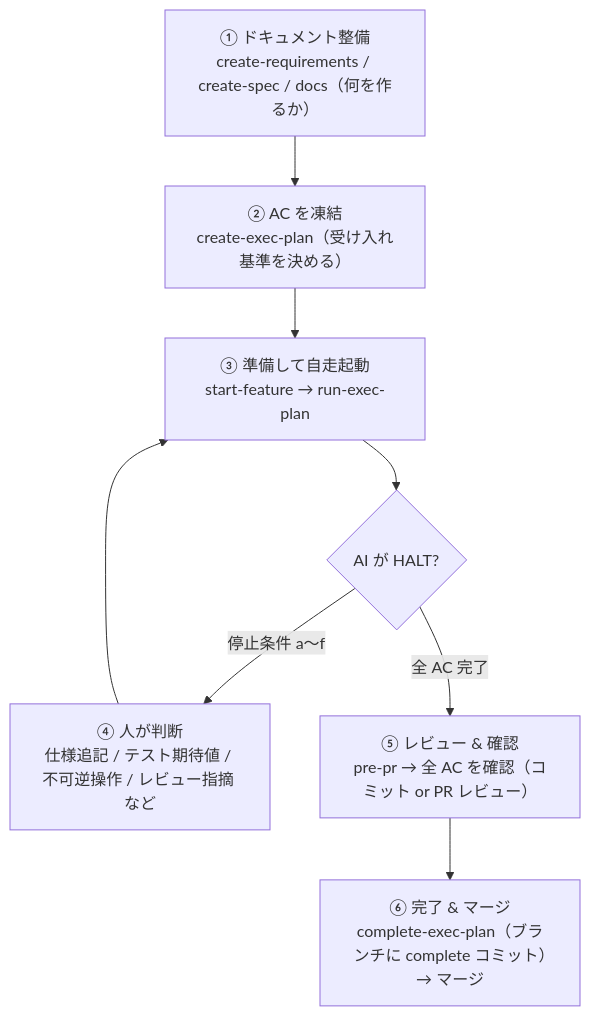
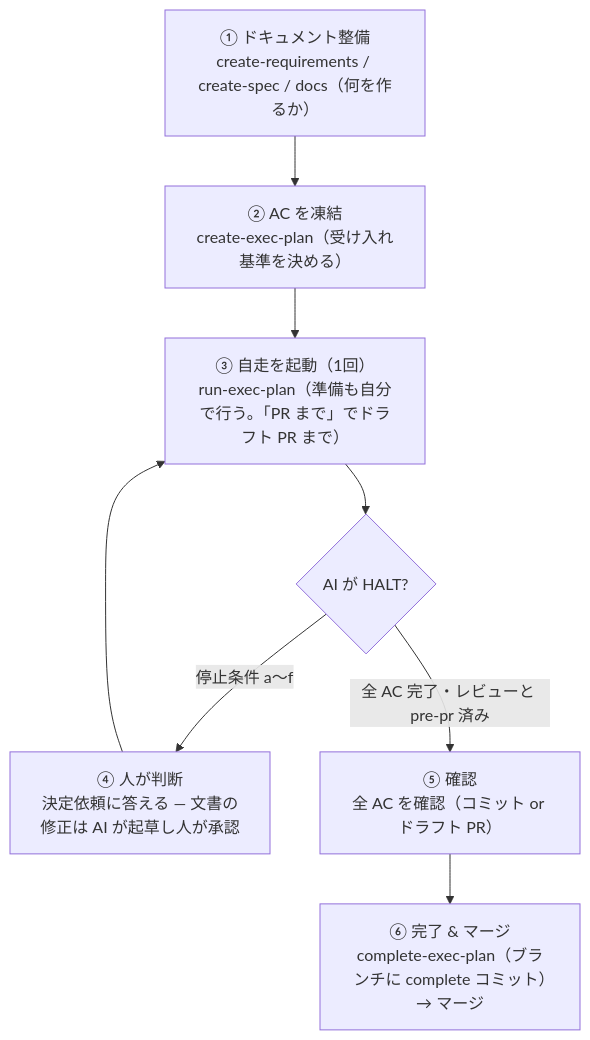
One commit to aki-senri/DocDDTemplate changed the diagram in ONBOARDING.ja.md. Above: the diagram before and after it, drawn with Mermaid. The commit also changed other lines of this file and 16 other files, not shown here.

````diff
--- a/ONBOARDING.ja.md
+++ b/ONBOARDING.ja.md
@@ -333,11 +333,11 @@
 ```mermaid
 flowchart TD
     A["① ドキュメント整備<br/>create-requirements / create-spec / docs（何を作るか）"] --> B
     B["② AC を凍結<br/>create-exec-plan（受け入れ基準を決める）"] --> C
-    C["③ 準備して自走起動<br/>start-feature → run-exec-plan"]
+    C["③ 自走を起動（1回）<br/>run-exec-plan（準備も自分で行う。「PR まで」でドラフト PR まで）"]
     C --> D{AI が HALT?}
-    D -->|停止条件 a〜f| E["④ 人が判断<br/>仕様追記 / テスト期待値 / 不可逆操作 / レビュー指摘 など"]
+    D -->|停止条件 a〜f| E["④ 人が判断<br/>決定依頼に答える — 文書の修正は AI が起草し人が承認"]
     E --> C
-    D -->|全 AC 完了| F["⑤ レビュー & 確認<br/>pre-pr → 全 AC を確認（コミット or PR レビュー）"]
+    D -->|全 AC 完了・レビューと pre-pr 済み| F["⑤ 確認<br/>全 AC を確認（コミット or ドラフト PR）"]
     F --> G["⑥ 完了 & マージ<br/>complete-exec-plan（ブランチに complete コミット）→ マージ"]
 ```
````
